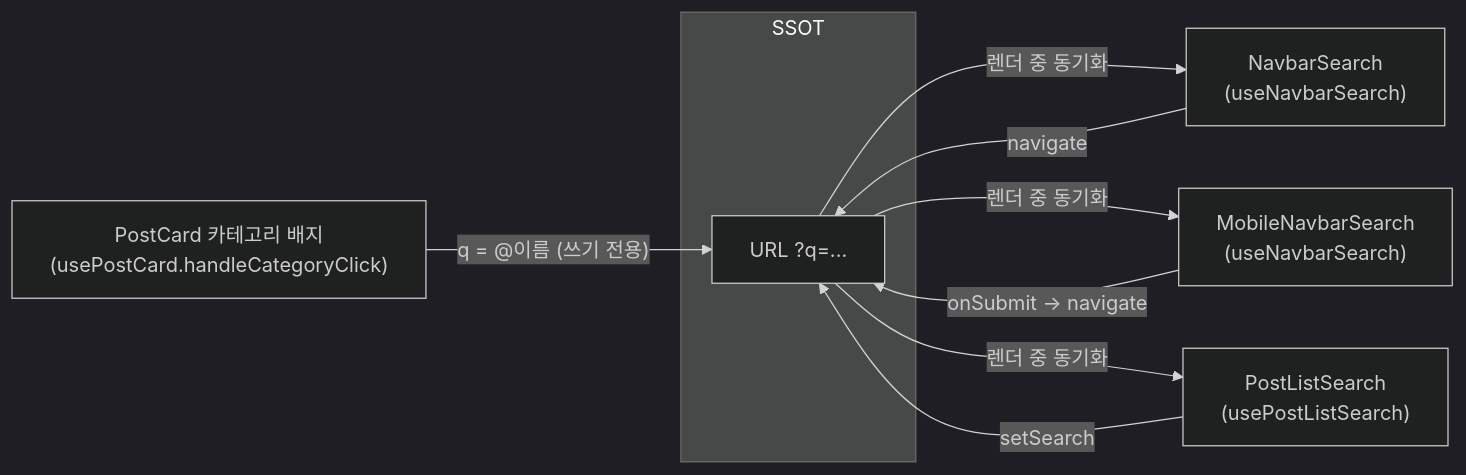
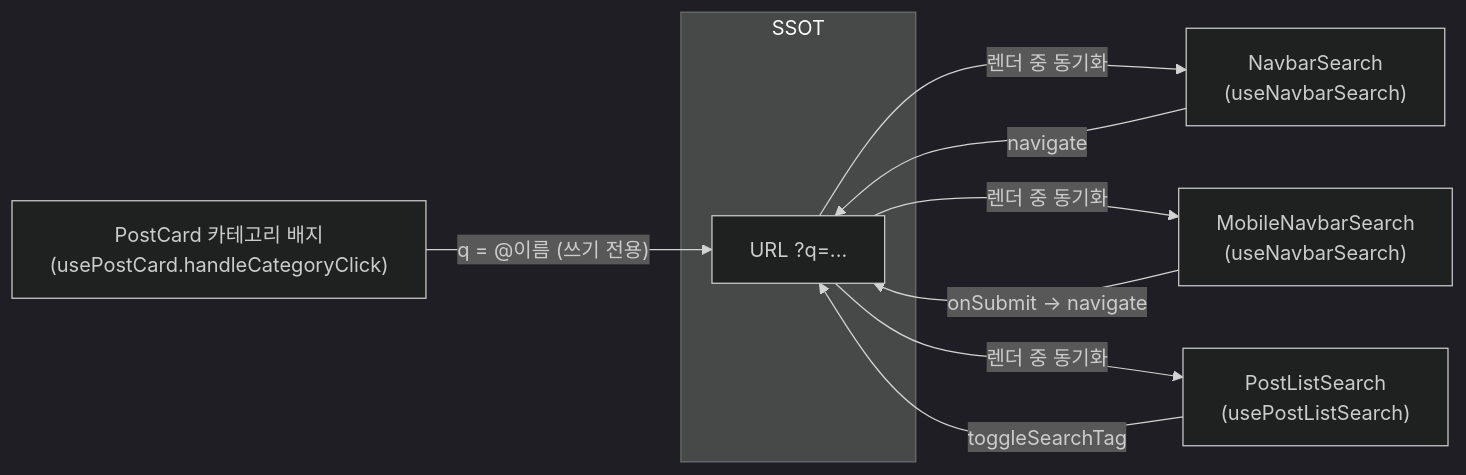
The second of 2 diagrams in docs/SEARCH.md (BAECHAN/link-sphere_FE_NEW), drawn with Mermaid (dark theme) before and after one commit. The commit also changed other lines of this file and 14 other files, not shown here.

````diff
--- a/docs/SEARCH.md
+++ b/docs/SEARCH.md
@@ -95,13 +95,13 @@
 ```mermaid
 flowchart LR
   subgraph "SSOT"
     Q["URL ?q=..."]
   end
   NavbarSearch["NavbarSearch<br/>(useNavbarSearch)"] -->|"navigate"| Q
   Q -->|"렌더 중 동기화"| NavbarSearch
   MobileNavbarSearch["MobileNavbarSearch<br/>(useNavbarSearch)"] -->|"onSubmit → navigate"| Q
   Q -->|"렌더 중 동기화"| MobileNavbarSearch
-  PostListSearch["PostListSearch<br/>(usePostListSearch)"] -->|"setSearch"| Q
+  PostListSearch["PostListSearch<br/>(usePostListSearch)"] -->|"toggleSearchTag"| Q
   Q -->|"렌더 중 동기화"| PostListSearch
   PostCard["PostCard 카테고리 배지<br/>(usePostCard.handleCategoryClick)"] -->|"q = @이름 (쓰기 전용)"| Q
 ```
````
